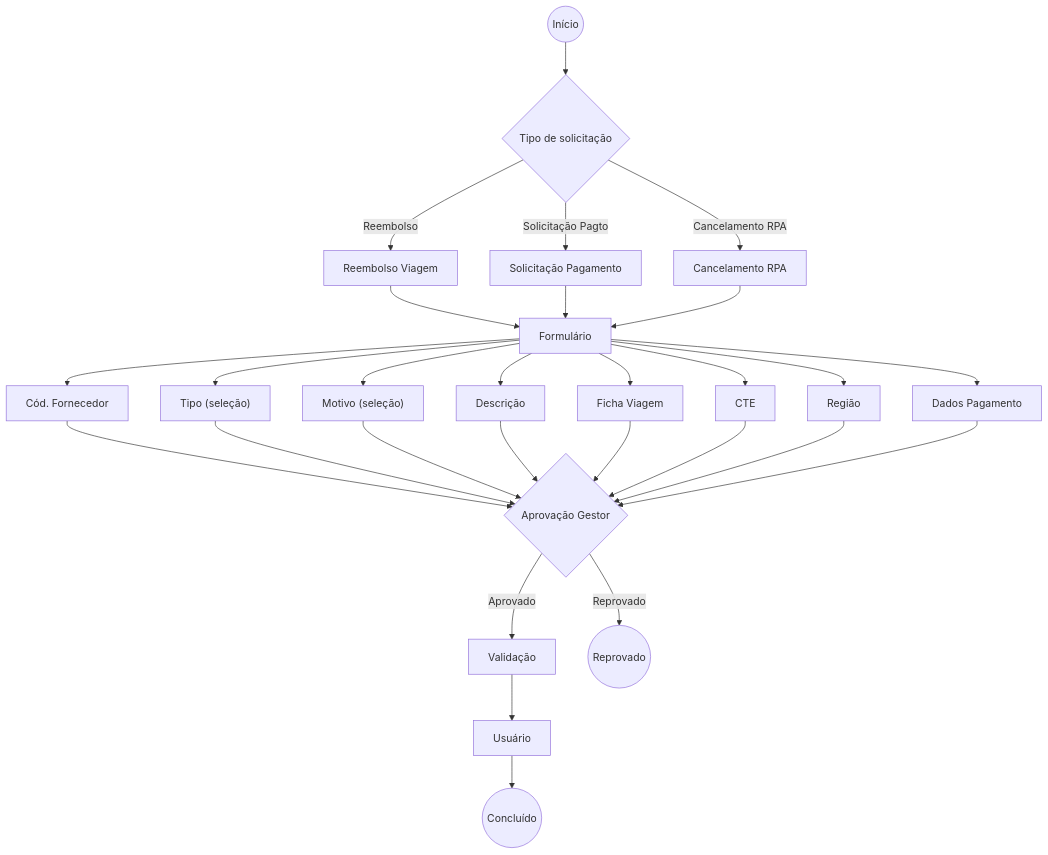
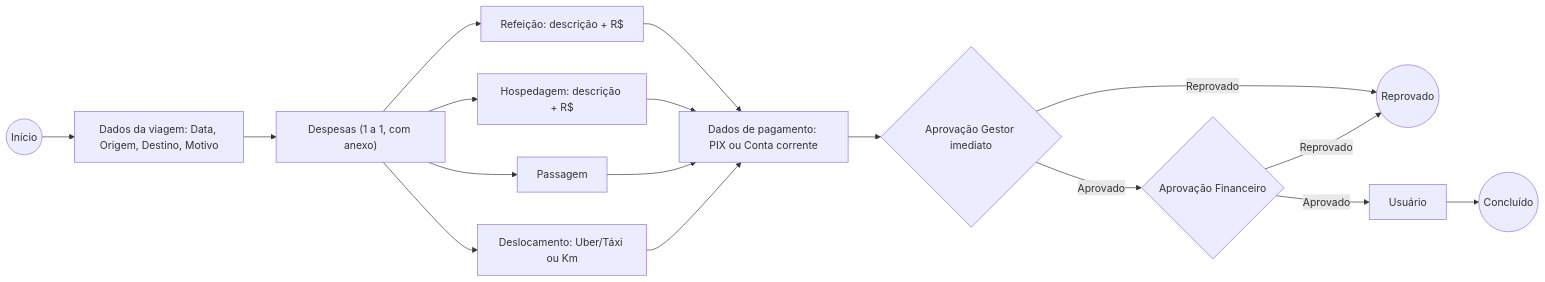
One commit to elofavoritos-glitch/fluxograma-financeiro-elo changed the diagram in fluxogramas/03-reembolso-viagem.md. Above: the diagram before and after it, drawn with Mermaid. The commit also changed other lines of this file and 8 other files, not shown here.

Commit message:
Complementa fluxos com as anotações do caderno: Crédito separado, Reembolso com despesas, alçadas corrigidas, CR/CP corrigidos

````diff
--- a/fluxogramas/03-reembolso-viagem.md
+++ b/fluxogramas/03-reembolso-viagem.md
@@ -6,26 +5,16 @@
 ```mermaid
-flowchart TD
-    START((Início)) --> RAMO{Tipo de solicitação}
-    RAMO -->|Reembolso| REEMB[Reembolso Viagem]
-    RAMO -->|Solicitação Pagto| SOLIC[Solicitação Pagamento]
-    RAMO -->|Cancelamento RPA| CANC[Cancelamento RPA]
-
-    REEMB --> FORM[Formulário]
-    SOLIC --> FORM
-    CANC --> FORM
-
-    FORM --> F1[Cód. Fornecedor]
-    FORM --> F2["Tipo (seleção)"]
-    FORM --> F3["Motivo (seleção)"]
-    FORM --> F4[Descrição]
-    FORM --> F5[Ficha Viagem]
-    FORM --> F6[CTE]
-    FORM --> F7[Região]
-    FORM --> F8[Dados Pagamento]
-
-    F1 & F2 & F3 & F4 & F5 & F6 & F7 & F8 --> APROV{Aprovação Gestor}
-    APROV -->|Aprovado| VALID[Validação]
-    VALID --> USER[Usuário]
-    APROV -->|Reprovado| FIM_REP((Reprovado))
-    USER --> FIM((Concluído))
+flowchart LR
+    START((Início)) --> VIAG["Dados da viagem: Data, Origem, Destino, Motivo"]
+    VIAG --> DESP["Despesas (1 a 1, com anexo)"]
+    DESP --> T1["Refeição: descrição + R$"]
+    DESP --> T2["Hospedagem: descrição + R$"]
+    DESP --> T3[Passagem]
+    DESP --> T4["Deslocamento: Uber/Táxi ou Km"]
+    T1 & T2 & T3 & T4 --> PG["Dados de pagamento: PIX ou Conta corrente"]
+    PG --> AP1{Aprovação Gestor imediato}
+    AP1 -->|Aprovado| AP2{Aprovação Financeiro}
+    AP1 -->|Reprovado| REP((Reprovado))
+    AP2 -->|Aprovado| USR[Usuário]
+    AP2 -->|Reprovado| REP
+    USR --> FIM((Concluído))
 ```
````
